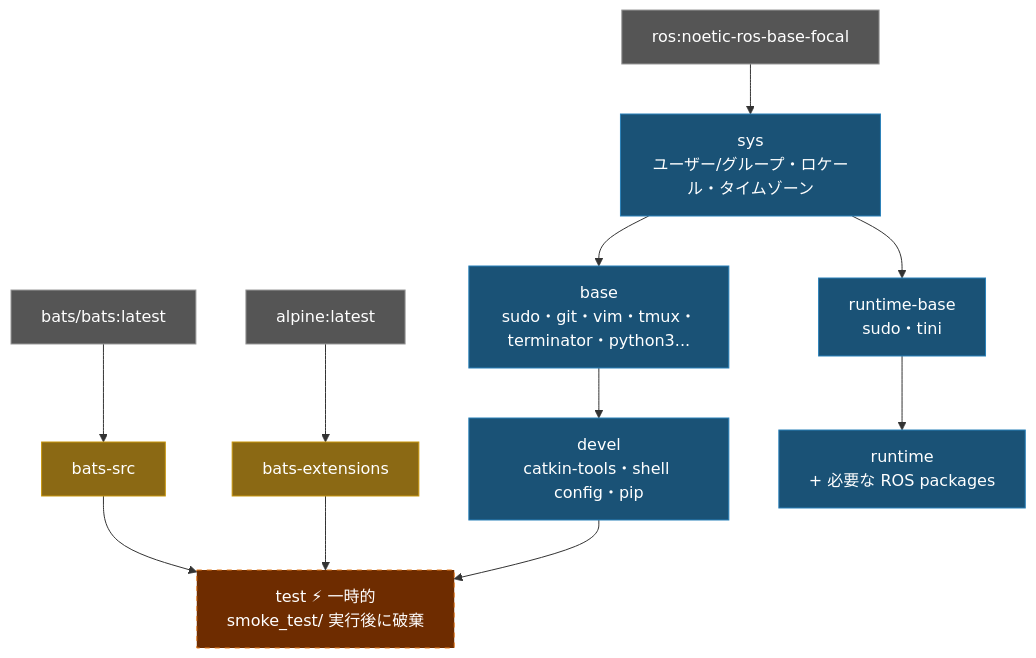
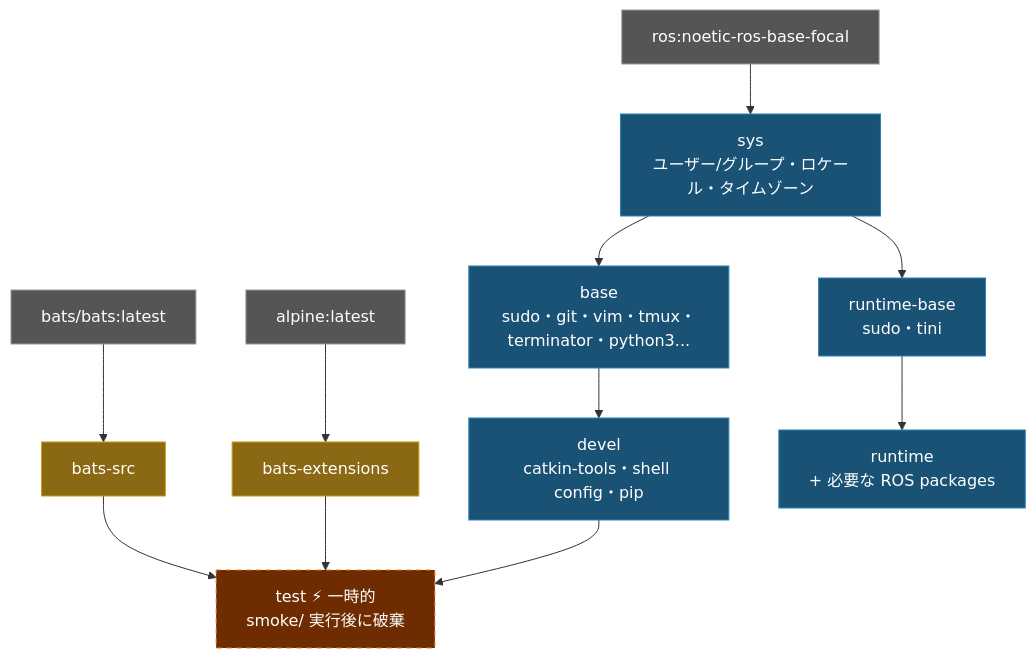
Before and after one commit to ycpss91255-docker/ros_noetic: the diagram in doc/README.ja.md, drawn with Mermaid. The commit also changed other lines of this file and 21 other files, not shown here.

````diff
--- a/doc/README.ja.md
+++ b/doc/README.ja.md
@@ -234,26 +234,26 @@
 ```mermaid
 graph TD
     EXT1["bats/bats:latest"]:::external
     EXT2["alpine:latest"]:::external
     EXT3["ros:noetic-ros-base-focal"]:::external
 
     EXT1 --> bats-src["bats-src"]:::tool
     EXT2 --> bats-ext["bats-extensions"]:::tool
 
     EXT3 --> sys["sys\nユーザー/グループ・ロケール・タイムゾーン"]:::stage
 
     sys --> base["base\nsudo・git・vim・tmux・terminator・python3..."]:::stage
     base --> devel["devel\ncatkin-tools・shell config・pip"]:::stage
 
-    bats-src --> test["test  ⚡ 一時的\nsmoke_test/ 実行後に破棄"]:::ephemeral
+    bats-src --> test["test  ⚡ 一時的\nsmoke/ 実行後に破棄"]:::ephemeral
     bats-ext --> test
     devel --> test
 
     sys --> runtime-base["runtime-base\nsudo・tini"]:::stage
     runtime-base --> runtime["runtime\n+ 必要な ROS packages"]:::stage
 
     classDef external fill:#555,color:#fff,stroke:#999
     classDef tool fill:#8B6914,color:#fff,stroke:#c8960c
     classDef stage fill:#1a5276,color:#fff,stroke:#2980b9
     classDef ephemeral fill:#6e2c00,color:#fff,stroke:#e67e22,stroke-dasharray:5 5
 ```
````
